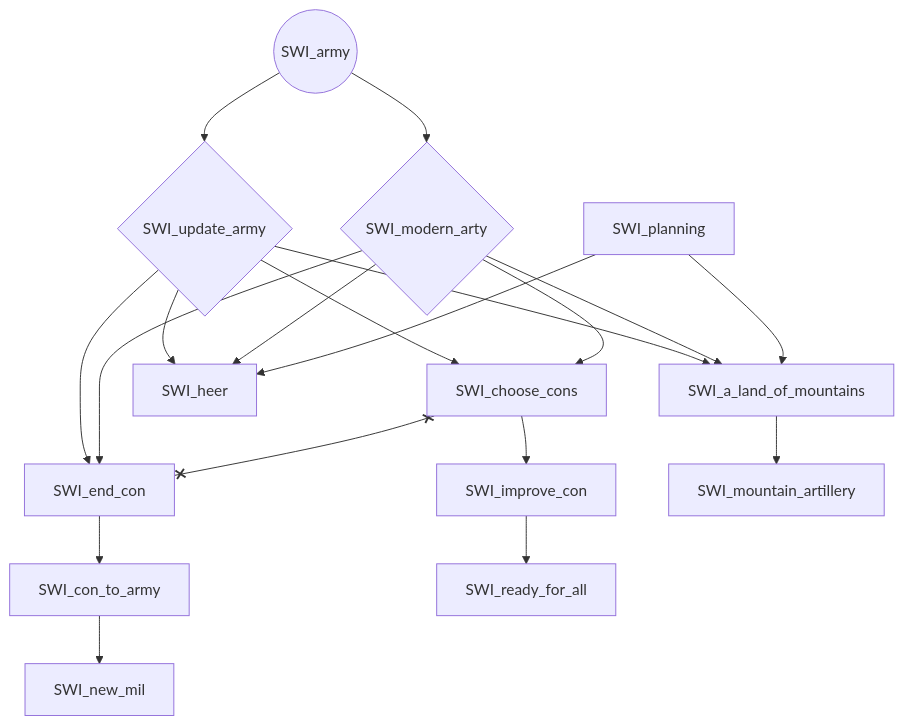
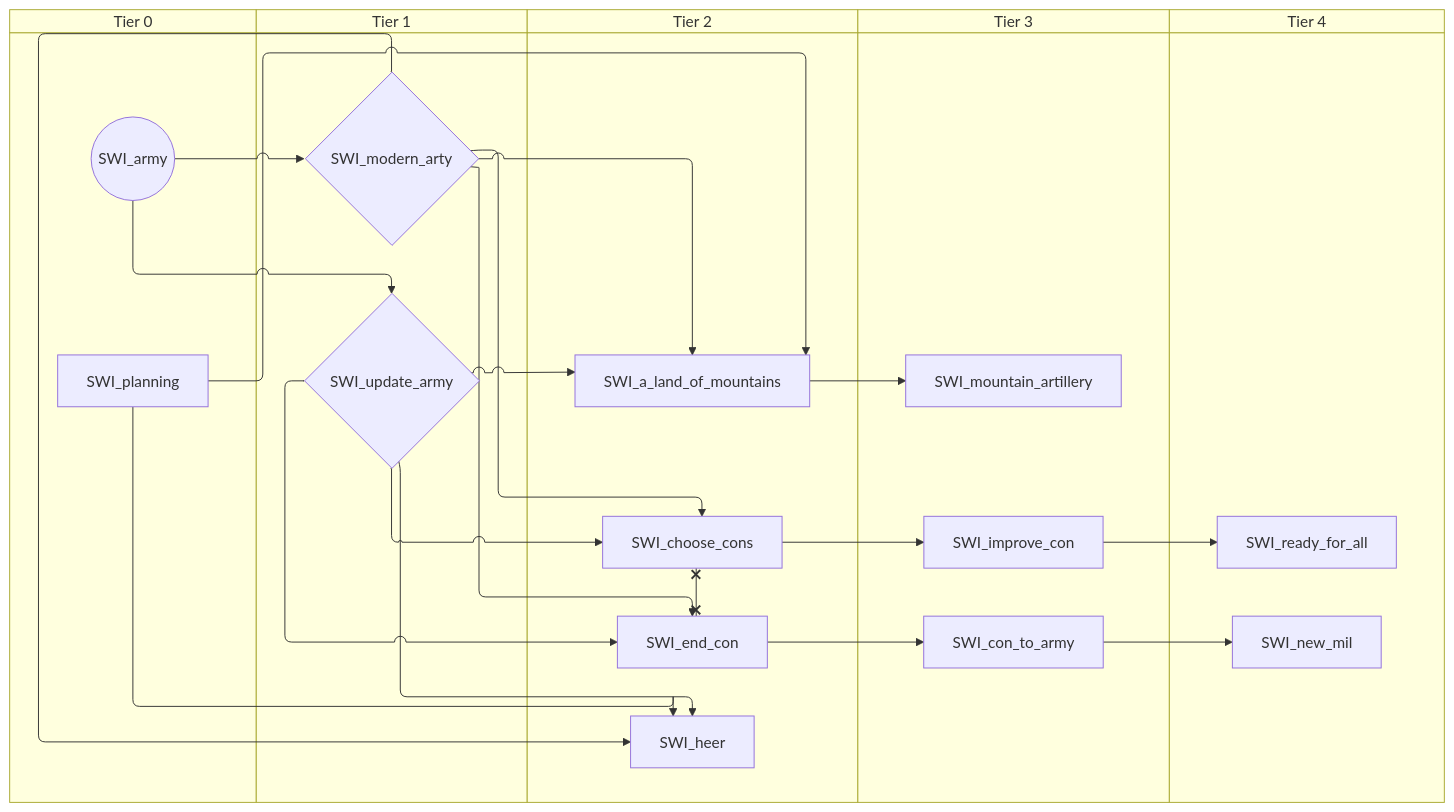
Before and after one commit to evgeny-sobol/hoi4-sandbox-mode-r56: the first of 8 diagrams in docs/gdd/National Focuses/r56_switzerland.md, drawn with Mermaid. The commit also changed other lines of this file and 423 other files, not shown here.

First line of the commit message:
Re-export Rt56 focus trees as swimlane diagrams

````diff
--- a/docs/gdd/National Focuses/r56_switzerland.md
+++ b/docs/gdd/National Focuses/r56_switzerland.md
@@ -3,34 +3,44 @@
 ```mermaid
-flowchart TD
-    n1["SWI_a_land_of_mountains"]
-    n2(("SWI_army"))
-    n3["SWI_choose_cons"]
-    n4["SWI_con_to_army"]
-    n5["SWI_end_con"]
-    n6["SWI_heer"]
-    n7["SWI_improve_con"]
-    n8{"SWI_modern_arty"}
-    n9["SWI_mountain_artillery"]
-    n10["SWI_new_mil"]
-    n11["SWI_planning"]
-    n12["SWI_ready_for_all"]
-    n13{"SWI_update_army"}
-    n13 --> n1
-    n8 --> n1
-    n11 --> n1
-    n13 --> n3
-    n8 --> n3
-    n5 --> n4
-    n13 --> n5
-    n8 --> n5
-    n13 --> n6
-    n8 --> n6
-    n11 --> n6
+swimlane-beta TD
+    subgraph tier_0["Tier 0"]
+        n1(("SWI_army"))
+        n2["SWI_planning"]
+    end
+    subgraph tier_1["Tier 1"]
+        n3{"SWI_modern_arty"}
+        n4{"SWI_update_army"}
+    end
+    subgraph tier_2["Tier 2"]
+        n5["SWI_a_land_of_mountains"]
+        n6["SWI_choose_cons"]
+        n7["SWI_end_con"]
+        n8["SWI_heer"]
+    end
+    subgraph tier_3["Tier 3"]
+        n9["SWI_con_to_army"]
+        n10["SWI_improve_con"]
+        n11["SWI_mountain_artillery"]
+    end
+    subgraph tier_4["Tier 4"]
+        n12["SWI_new_mil"]
+        n13["SWI_ready_for_all"]
+    end
+    n4 --> n5
+    n3 --> n5
+    n2 --> n5
+    n4 --> n6
+    n3 --> n6
+    n7 --> n9
+    n4 --> n7
     n3 --> n7
+    n4 --> n8
+    n3 --> n8
     n2 --> n8
-    n1 --> n9
-    n4 --> n10
-    n7 --> n12
-    n2 --> n13
-    n3 x--x n5
+    n6 --> n10
+    n1 --> n3
+    n5 --> n11
+    n9 --> n12
+    n10 --> n13
+    n1 --> n4
+    n6 x--x n7
 ```
````
